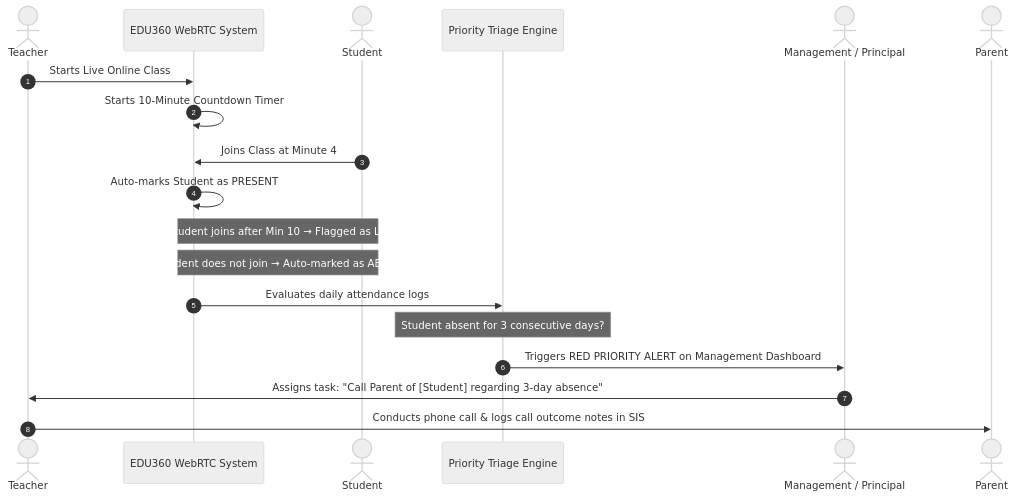
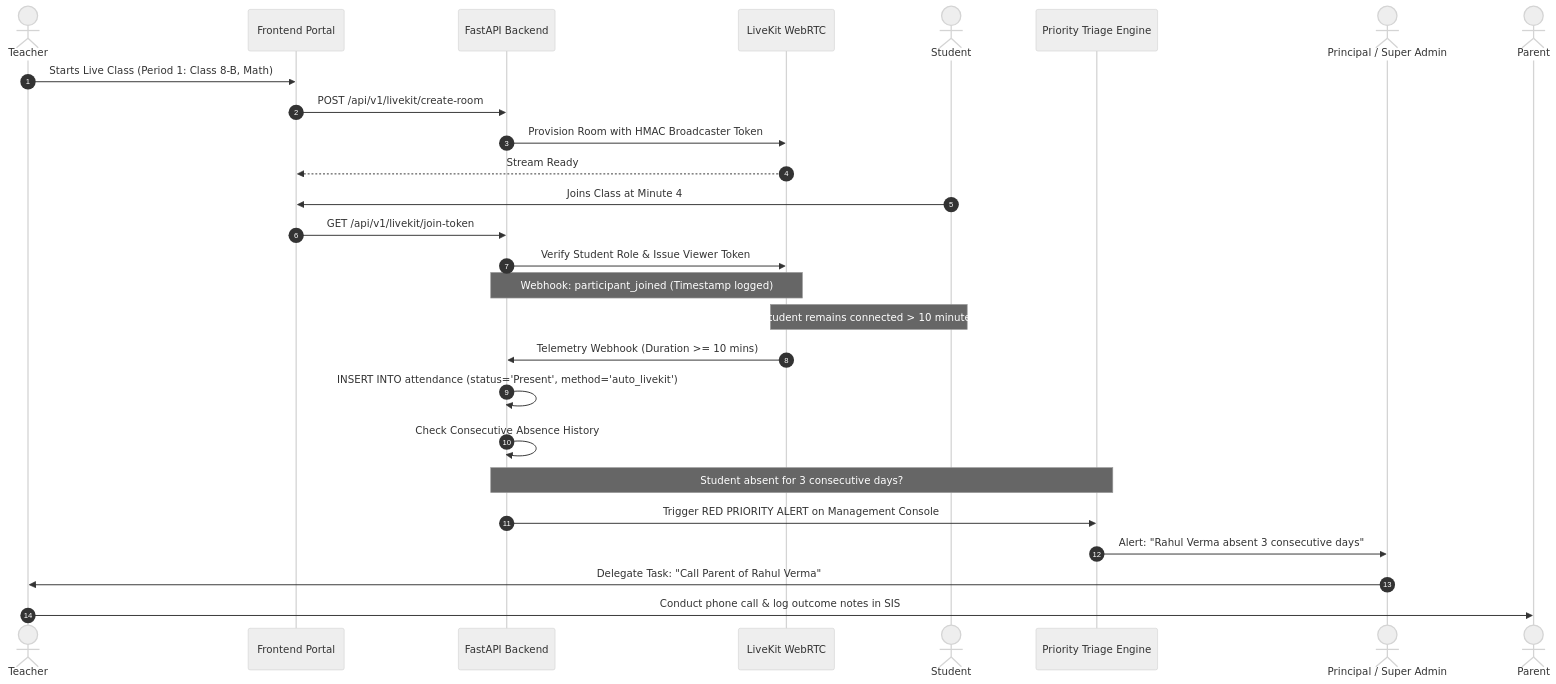
Before and after one commit to DiradzProducts/EDU360: the first of 7 diagrams in docs/prd/PRD.md, drawn with Mermaid (neutral theme). The commit also changed other lines of this file and 6 other files, not shown here.

Commit message:
docs(architecture): synchronize role-wise workflows with payroll LOP, batch exam schedules, and clock engine (v8.5)

````diff
--- a/docs/prd/PRD.md
+++ b/docs/prd/PRD.md
@@ -133,22 +157,30 @@
 ```mermaid
 sequenceDiagram
     autonumber
     actor Teacher as Teacher
-    participant System as EDU360 WebRTC System
+    participant FE as Frontend Portal
+    participant API as FastAPI Backend
+    participant LK as LiveKit WebRTC
     actor Student as Student
     participant Triage as Priority Triage Engine
-    actor Admin as Management / Principal
+    actor Admin as Principal / Super Admin
     actor Parent as Parent
 
-    Teacher->>System: Starts Live Online Class
-    System->>System: Starts 10-Minute Countdown Timer
-    Student->>System: Joins Class at Minute 4
-    System->>System: Auto-marks Student as PRESENT
-    Note over System,Student: If Student joins after Min 10 → Flagged as LATE
-    Note over System,Student: If Student does not join → Auto-marked as ABSENT
-    System->>Triage: Evaluates daily attendance logs
-    Note over Triage: Student absent for 3 consecutive days?
-    Triage->>Admin: Triggers RED PRIORITY ALERT on Management Dashboard
-    Admin->>Teacher: Assigns task: "Call Parent of [Student] regarding 3-day absence"
-    Teacher->>Parent: Conducts phone call & logs call outcome notes in SIS
+    Teacher->>FE: Starts Live Class (Period 1: Class 8-B, Math)
+    FE->>API: POST /api/v1/livekit/create-room
+    API->>LK: Provision Room with HMAC Broadcaster Token
+    LK-->>FE: Stream Ready
+    Student->>FE: Joins Class at Minute 4
+    FE->>API: GET /api/v1/livekit/join-token
+    API->>LK: Verify Student Role & Issue Viewer Token
+    Note over LK,API: Webhook: participant_joined (Timestamp logged)
+    Note over Student,LK: Student remains connected > 10 minutes
+    LK->>API: Telemetry Webhook (Duration >= 10 mins)
+    API->>API: INSERT INTO attendance (status='Present', method='auto_livekit')
+    API->>API: Check Consecutive Absence History
+    Note over API,Triage: Student absent for 3 consecutive days?
+    API->>Triage: Trigger RED PRIORITY ALERT on Management Console
+    Triage->>Admin: Alert: "Rahul Verma absent 3 consecutive days"
+    Admin->>Teacher: Delegate Task: "Call Parent of Rahul Verma"
+    Teacher->>Parent: Conduct phone call & log outcome notes in SIS
 ```
````
